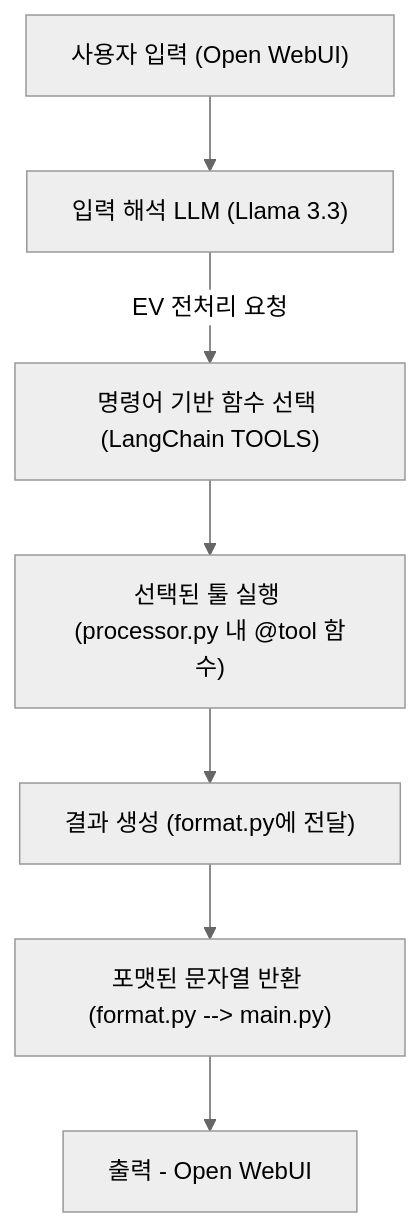
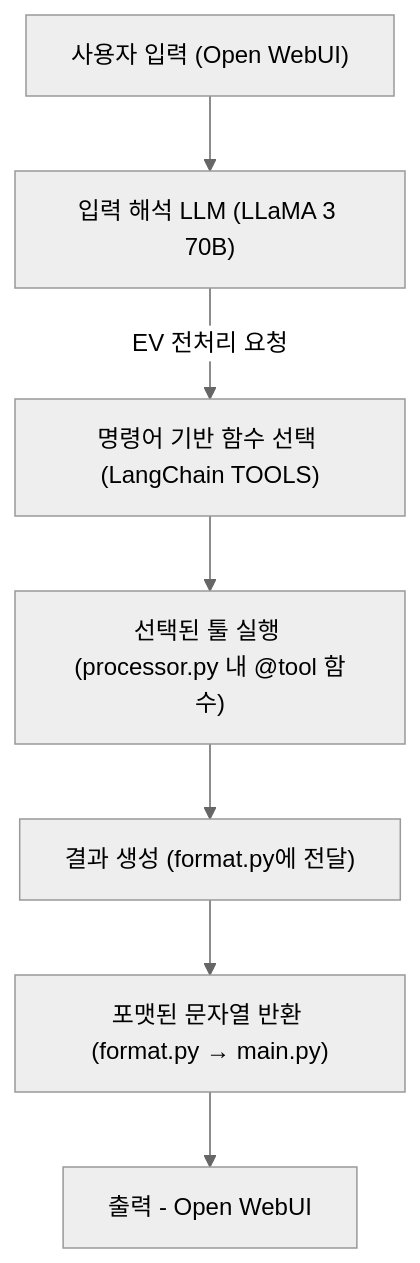
Before and after one commit to WO2IN/posAppSystem: the diagram in readme.md, drawn with Mermaid (neutral theme). The commit also changed other lines of this file, not shown here.

````diff
--- a/readme.md
+++ b/readme.md
@@ -5,18 +3,10 @@
 ```mermaid
 graph TD
 
-A1["사용자 입력 (Open WebUI)"] --> A2["입력 해석 LLM (Llama 3.3)"]
-
-%% 🚧 [확장 예정] 일반 챗 요청일 경우
-%% A2 -->|일반 챗 요청| B1["일반 챗 LLM (예: GPT 호출)"]
-%% B1 --> B2["자연어 응답 생성"]
-%% B2 --> B3["출력 - Open WebUI (StreamingResponse)"]
-
+A1["사용자 입력 (Open WebUI)"] --> A2["입력 해석 LLM (LLaMA 3 70B)"]
 A2 -->|EV 전처리 요청| C1["명령어 기반 함수 선택 (LangChain TOOLS)"]
 C1 --> C2["선택된 툴 실행 (processor.py 내 @tool 함수)"]
 C2 --> C3["결과 생성 (format.py에 전달)"]
-C3 --> C4["포맷된 문자열 반환 (format.py --> main.py)"]
+C3 --> C4["포맷된 문자열 반환 (format.py → main.py)"]
 C4 --> C5["출력 - Open WebUI"]
-
-
 ```
````
